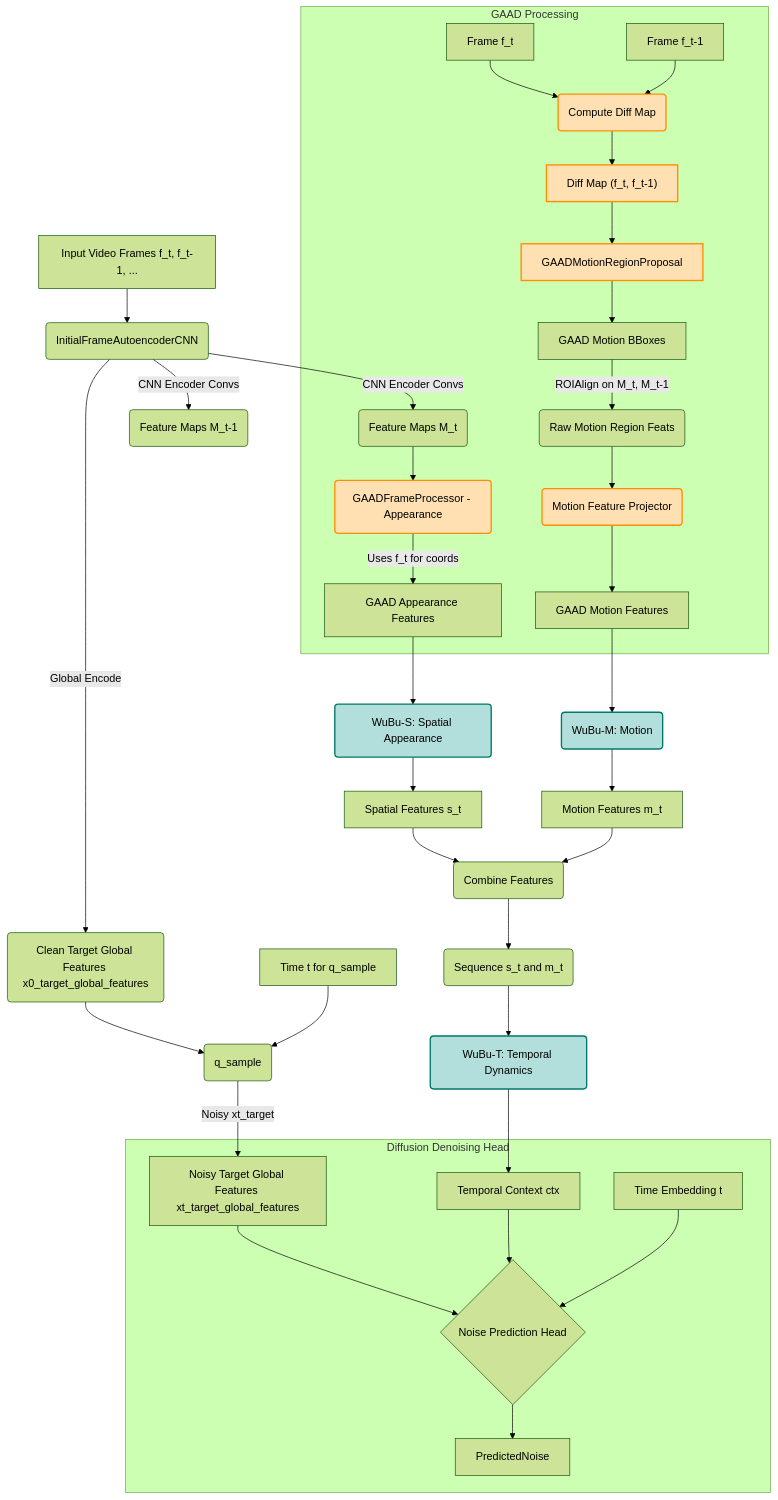
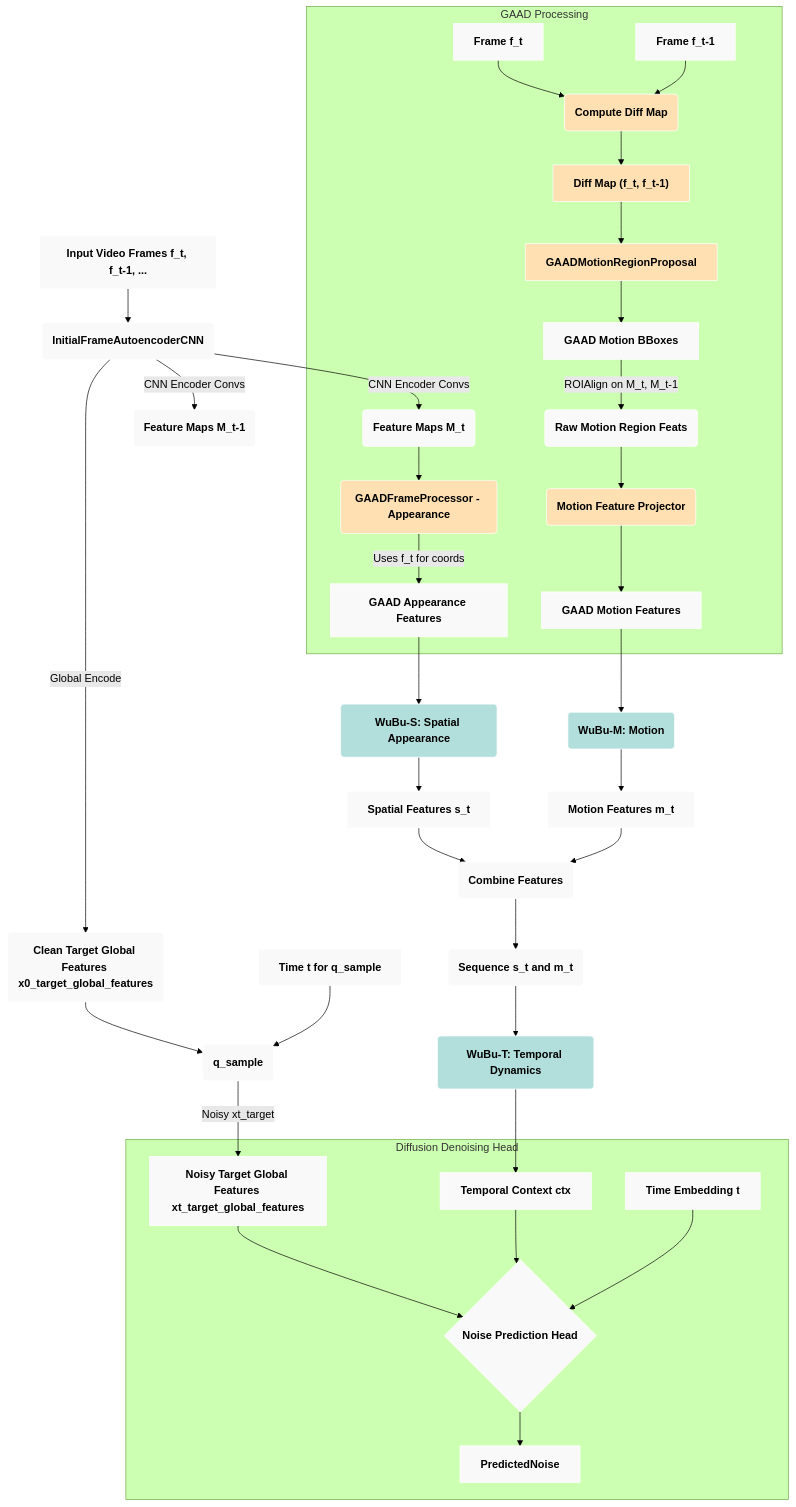
The diagram in draftPY/WuBuNestDiffusion (v0.05.2).md (waefrebeorn/bytropix), drawn with Mermaid (forest theme) before and after one commit.

Commit message:
tasked agent with boilerplate papaer explaining python file and idea, I'm stumped til I learn more but figured resources for playground helps others

````diff
--- a/draftPY/WuBuNestDiffusion (v0.05.2).md
+++ b/draftPY/WuBuNestDiffusion (v0.05.2).md
@@ -142,53 +142,64 @@
 ```mermaid
 graph TD
     A["Input Video Frames f_t, f_t-1, ..."] --> B("InitialFrameAutoencoderCNN");
-    B -- CNN Encoder Convs --> C1("Feature Maps M_t");
-    B -- CNN Encoder Convs --> C0("Feature Maps M_t-1");
+    B -- "CNN Encoder Convs" --> C1("Feature Maps M_t");
+    B -- "CNN Encoder Convs" --> C0("Feature Maps M_t-1");
 
     subgraph GAAD_Processing [GAAD Processing]
         C1 --> D1("GAADFrameProcessor - Appearance");
         D1 -- "Uses f_t for coords" --> E1["GAAD Appearance Features"];
 
         F["Frame f_t"] --> G_ComputeDiff("Compute Diff Map");
         F_prev["Frame f_t-1"] --> G_ComputeDiff;
         G_ComputeDiff --> G_DiffMap["Diff Map (f_t, f_t-1)"];
         G_DiffMap --> H["GAADMotionRegionProposal"];
         H --> I["GAAD Motion BBoxes"];
         I -- "ROIAlign on M_t, M_t-1" --> J("Raw Motion Region Feats");
         J --> K("Motion Feature Projector");
         K --> L["GAAD Motion Features"];
     end
 
     E1 --> WuBuS("WuBu-S: Spatial Appearance");
     WuBuS --> s_t["Spatial Features s_t"];
 
     L --> WuBuM("WuBu-M: Motion");
     WuBuM --> m_t["Motion Features m_t"];
 
     s_t --> Combine("Combine Features");
     m_t --> Combine;
     Combine --> WuBuT_Input("Sequence s_t and m_t");
 
     WuBuT_Input --> WuBuT("WuBu-T: Temporal Dynamics");
     WuBuT --> CTX["Temporal Context ctx"];
 
     subgraph Diffusion_Denoising_Head [Diffusion Denoising Head]
         NoisyTarget["Noisy Target Global Features xt_target_global_features"] --> PredHead;
         CTX --> PredHead;
         TimeEmb["Time Embedding t"] --> PredHead;
         PredHead{"Noise Prediction Head"} --> PredictedNoise["PredictedNoise"];
     end
 
     B -- "Global Encode" --> TargetGlobalFeats_clean("Clean Target Global Features x0_target_global_features");
     TargetGlobalFeats_clean --> QSample("q_sample");
     TimeEmb_Noise["Time t for q_sample"] --> QSample;
     QSample -- "Noisy xt_target" --> NoisyTarget;
 
-    classDef wubu fill:#B2DFDB,stroke:#00796B,stroke-width:2px;
-    classDef gaad fill:#FFE0B2,stroke:#FF8F00,stroke-width:2px;
+    %% Class definitions for styling
+    %% Common style for most nodes: light gray fill, white 1px border, black bold text.
+    classDef commonNodeStyle fill:#f9f9f9,stroke:#ffffff,stroke-width:1px,color:#000000,font-weight:bold
+    
+    %% WuBu specific style: original fill, but with white 1px border and black bold text.
+    classDef wubu fill:#B2DFDB,stroke:#ffffff,stroke-width:1px,color:#000000,font-weight:bold
+    
+    %% GAAD specific style: original fill, but with white 1px border and black bold text.
+    classDef gaad fill:#FFE0B2,stroke:#ffffff,stroke-width:1px,color:#000000,font-weight:bold
+
+    %% Apply classes to specific node types
     class WuBuS,WuBuM,WuBuT wubu;
-    class D1,H,K gaad;
-    class G_ComputeDiff,G_DiffMap gaad;
+    class D1,H,K,G_ComputeDiff,G_DiffMap gaad;
+
+    %% Apply commonNodeStyle to all other explicitly defined nodes
+    class A,B,C0,C1,E1,F,F_prev,I,J,L,s_t,m_t,Combine,WuBuT_Input,CTX,NoisyTarget,PredHead,PredictedNoise,TargetGlobalFeats_clean,QSample,TimeEmb_Noise,TimeEmb commonNodeStyle;
 
 
 ```
````
